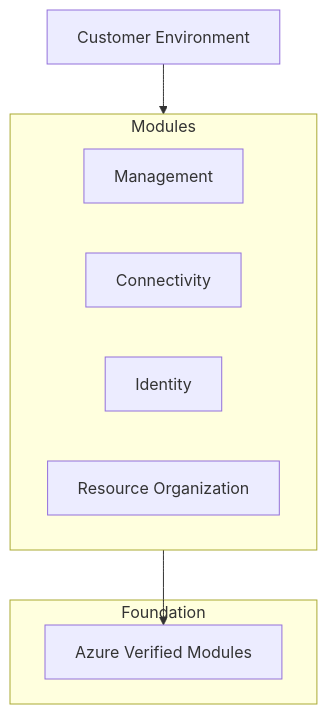
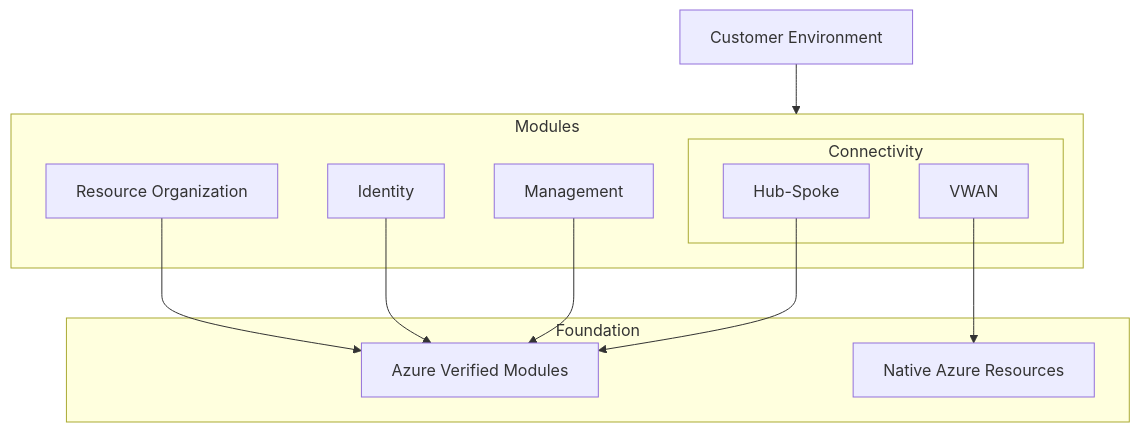
The first of 3 diagrams in memory-bank/systemPatterns.md (entee28/de-facto-azure-ldz), drawn with Mermaid before and after one commit. The commit also changed other lines of this file and 8 other files, not shown here.

````diff
--- a/memory-bank/systemPatterns.md
+++ b/memory-bank/systemPatterns.md
@@ -5,16 +5,24 @@
 ```mermaid
 graph TD
     subgraph Modules
         M[Management]
-        C[Connectivity]
+        subgraph Connectivity
+          C1[Hub-Spoke]
+          C2[VWAN]
+        end
         I[Identity]
         R[Resource Organization]
     end
 
     subgraph Foundation
         AVM[Azure Verified Modules]
+        Native[Native Azure Resources]
     end
 
-    Modules --> AVM
+    C1 --> AVM
+    C2 --> Native
+    M --> AVM
+    I --> AVM
+    R --> AVM
     Client[Customer Environment] --> Modules
 ```
````
